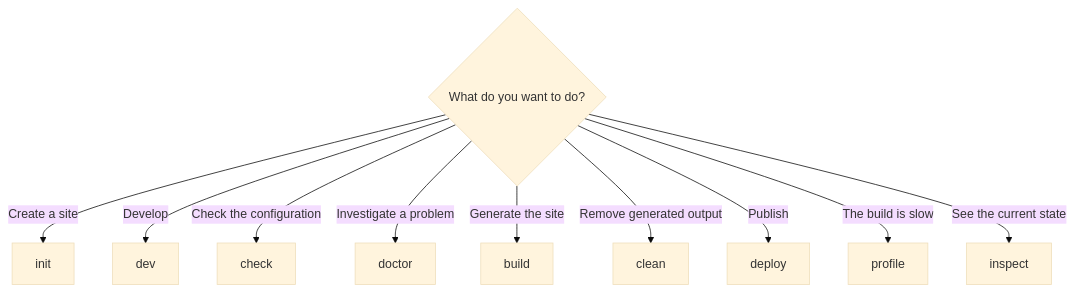
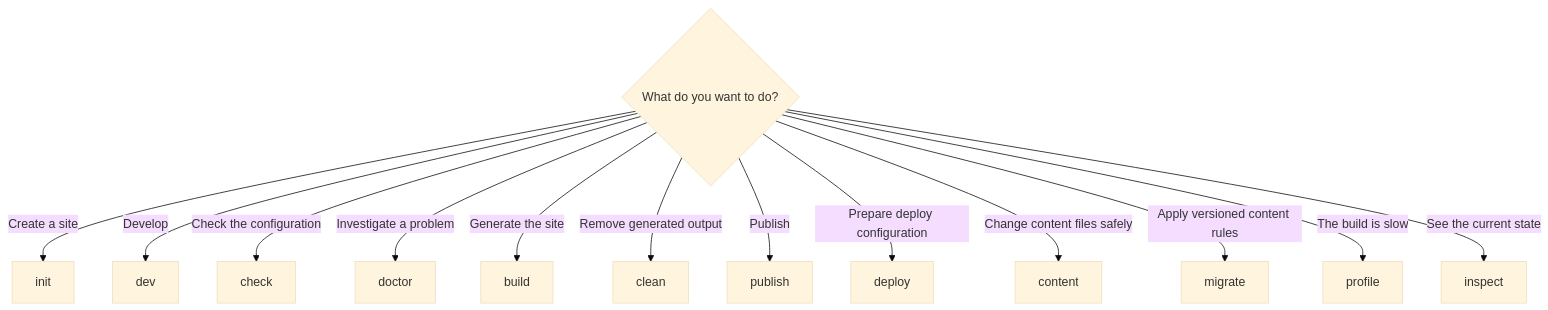
One commit to Rerurate514/riebeckite changed the first of 3 diagrams in docs/docs/reference/cli.md. Above: the diagram before and after it, drawn with Mermaid (base theme). The commit also changed other lines of this file and 53 other files, not shown here.

````diff
--- a/docs/docs/reference/cli.md
+++ b/docs/docs/reference/cli.md
@@ -77,14 +77,17 @@
 ```mermaid
 flowchart TD
     Q{"What do you want to do?"}
 
     Q -->|"Create a site"| Init["init"]
     Q -->|"Develop"| Dev["dev"]
     Q -->|"Check the configuration"| Check["check"]
     Q -->|"Investigate a problem"| Doctor["doctor"]
     Q -->|"Generate the site"| Build["build"]
     Q -->|"Remove generated output"| Clean["clean"]
-    Q -->|"Publish"| Deploy["deploy"]
+    Q -->|"Publish"| Publish["publish"]
+    Q -->|"Prepare deploy configuration"| Deploy["deploy"]
+    Q -->|"Change content files safely"| Content["content"]
+    Q -->|"Apply versioned content rules"| Migrate["migrate"]
     Q -->|"The build is slow"| Profile["profile"]
     Q -->|"See the current state"| Inspect["inspect"]
 ```
````
